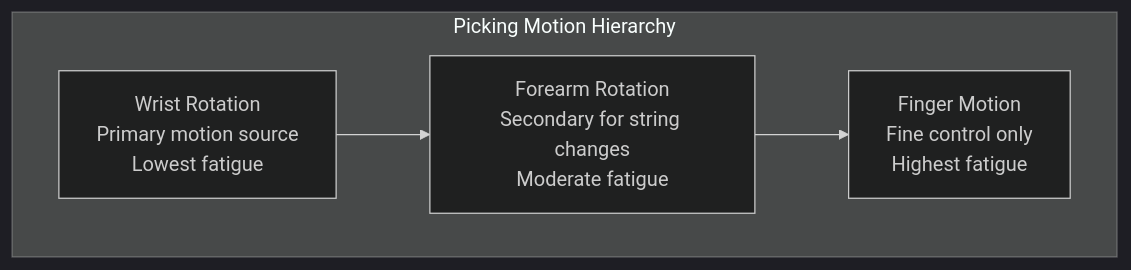
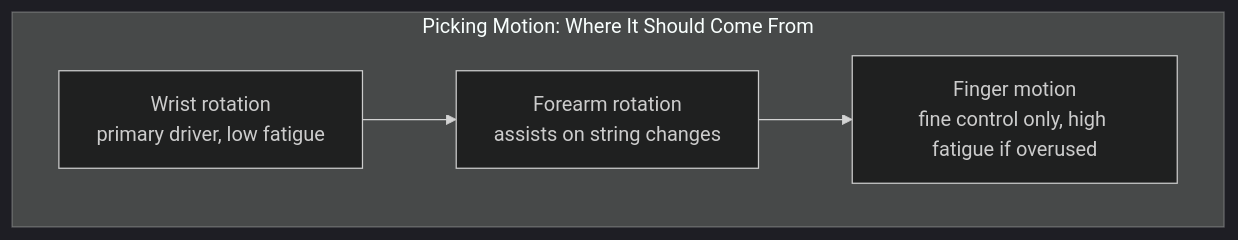
Before and after one commit to blebleblee/synapse: the second of 3 diagrams in topics/arts/music_performance/electric_guitar/lesson_03_pentatonic_modes_and_blues_phrasing.md, drawn with Mermaid (dark theme). The commit also changed other lines of this file and 3 other files, not shown here.

````diff
--- a/topics/arts/music_performance/electric_guitar/lesson_03_pentatonic_modes_and_blues_phrasing.md
+++ b/topics/arts/music_performance/electric_guitar/lesson_03_pentatonic_modes_and_blues_phrasing.md
@@ -116,7 +116,7 @@
 ```mermaid
 graph TD
-    subgraph sub_picking ["Picking Motion Hierarchy"]
-        A["Wrist Rotation<br/>Primary motion source<br/>Lowest fatigue"] --> B["Forearm Rotation<br/>Secondary for string changes<br/>Moderate fatigue"]
-        B --> C["Finger Motion<br/>Fine control only<br/>Highest fatigue"]
+    subgraph sub_picking ["Picking Motion: Where It Should Come From"]
+        A["Wrist rotation<br/>primary driver, low fatigue"] --> B["Forearm rotation<br/>assists on string changes"]
+        B --> C["Finger motion<br/>fine control only, high fatigue if overused"]
     end
 ```
````
